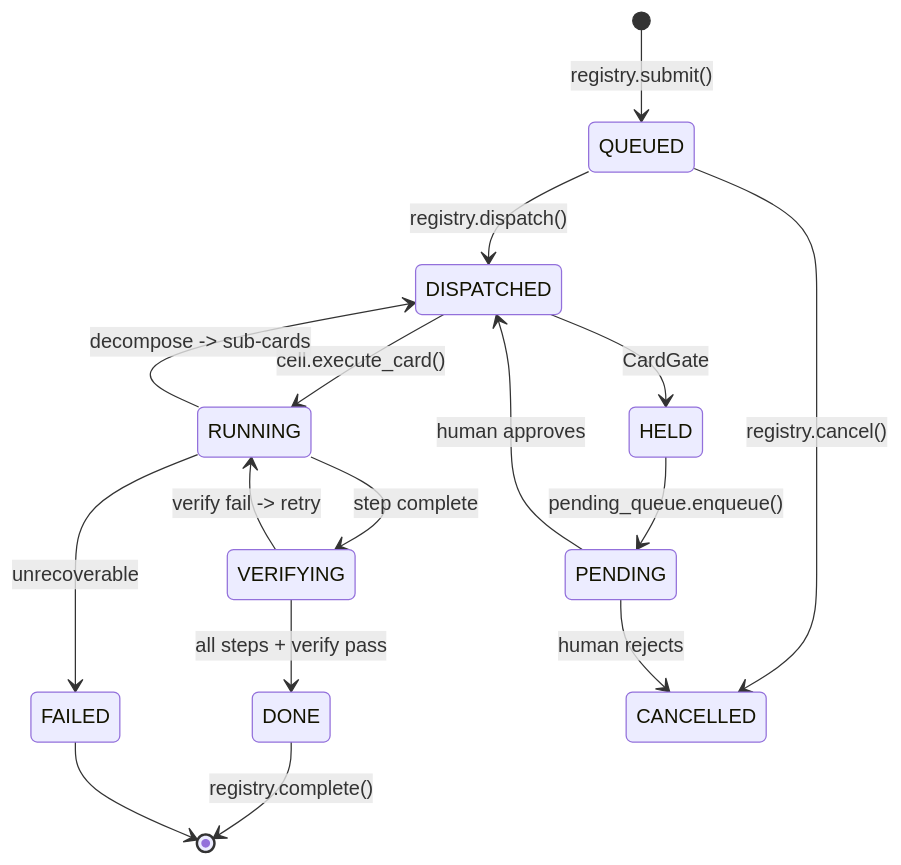
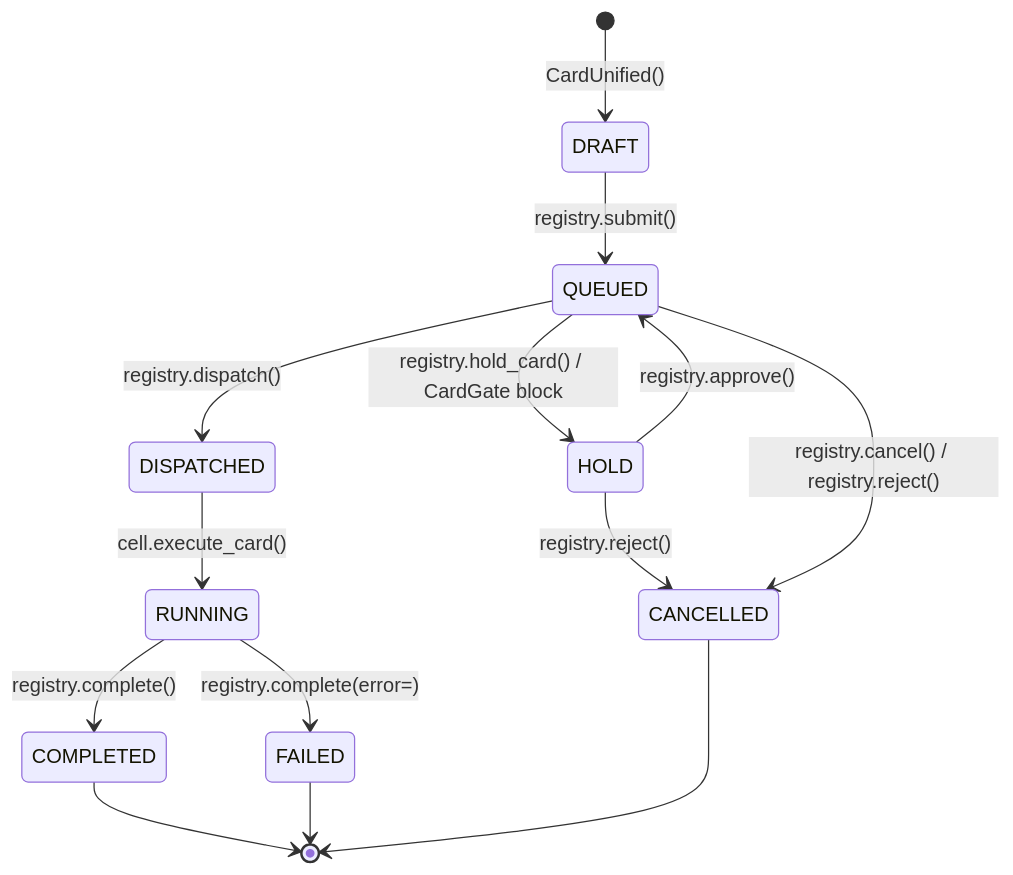
The diagram in docs/architecture/deep-dive/card-lifecycle.md (guilingzhouyi-creator/Praxis-Agent-OS), drawn with Mermaid before and after one commit. The commit also changed other lines of this file and 4 other files, not shown here.

First line of the commit message:
docs: update architecture docs for session task table, TODO table, MCP server, closed loop

````diff
--- a/docs/architecture/deep-dive/card-lifecycle.md
+++ b/docs/architecture/deep-dive/card-lifecycle.md
@@ -7,18 +9,16 @@
 ```mermaid
 stateDiagram-v2
-    [*] --> QUEUED: registry.submit()
+    [*] --> DRAFT: CardUnified()
+    DRAFT --> QUEUED: registry.submit()
     QUEUED --> DISPATCHED: registry.dispatch()
     DISPATCHED --> RUNNING: cell.execute_card()
-    RUNNING --> DISPATCHED: decompose -> sub-cards
-    RUNNING --> VERIFYING: step complete
-    VERIFYING --> RUNNING: verify fail -> retry
-    VERIFYING --> DONE: all steps + verify pass
-    DONE --> [*]: registry.complete()
-    RUNNING --> FAILED: unrecoverable
+    RUNNING --> COMPLETED: registry.complete()
+    RUNNING --> FAILED: registry.complete(error=)
+    QUEUED --> HOLD: registry.hold_card() / CardGate block
+    HOLD --> QUEUED: registry.approve()
+    HOLD --> CANCELLED: registry.reject()
+    QUEUED --> CANCELLED: registry.cancel() / registry.reject()
+    COMPLETED --> [*]
     FAILED --> [*]
-    QUEUED --> CANCELLED: registry.cancel()
-    DISPATCHED --> HELD: CardGate
-    HELD --> PENDING: pending_queue.enqueue()
-    PENDING --> DISPATCHED: human approves
-    PENDING --> CANCELLED: human rejects
+    CANCELLED --> [*]
 ```
````
